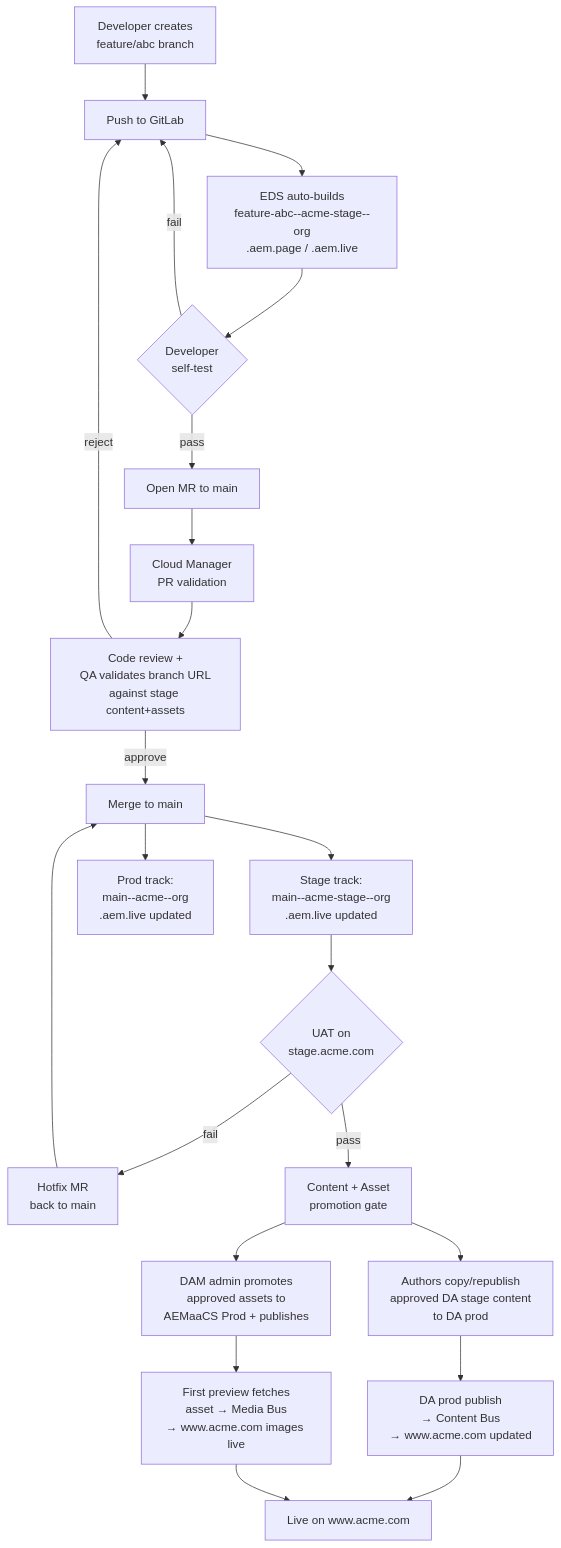
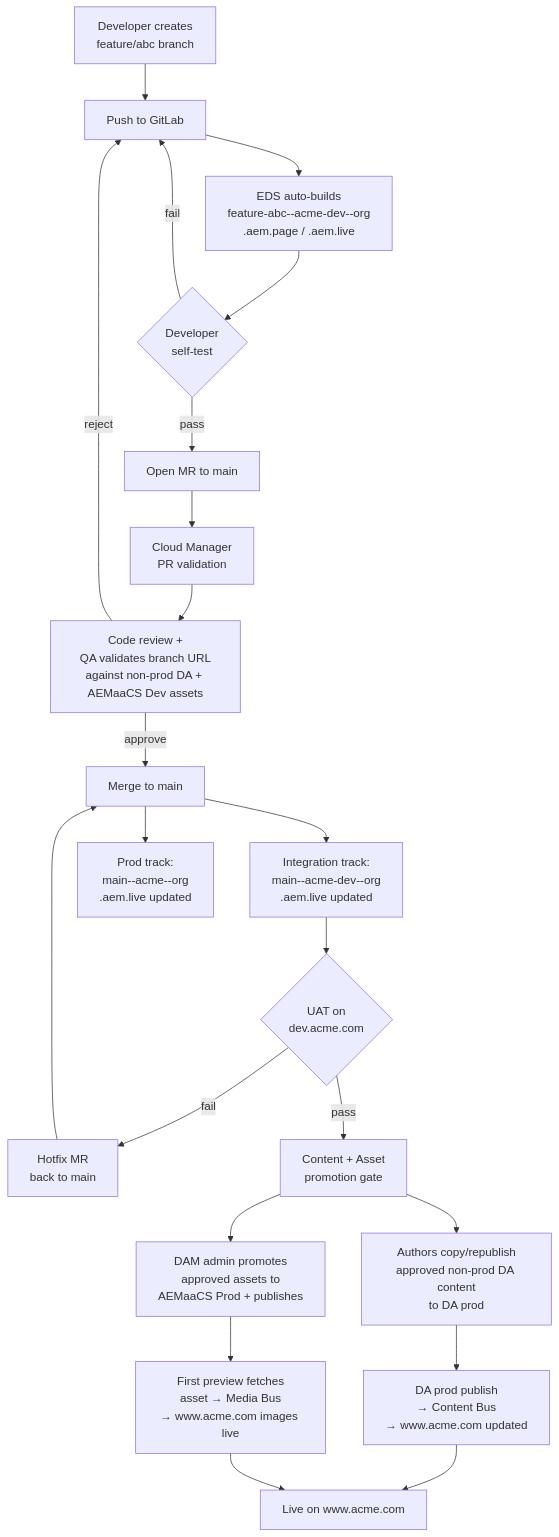
Before and after one commit to ak8458/abc-poc: the fifth of 5 diagrams in docs/eds-multi-environment-architecture.md, drawn with Mermaid. The commit also changed other lines of this file and 1 other file, not shown here.

````diff
--- a/docs/eds-multi-environment-architecture.md
+++ b/docs/eds-multi-environment-architecture.md
@@ -433,30 +433,30 @@
 ```mermaid
 flowchart TD
     A[Developer creates<br/>feature/abc branch] --> B[Push to GitLab]
-    B --> C[EDS auto-builds<br/>feature-abc--acme-stage--org<br/>.aem.page / .aem.live]
+    B --> C[EDS auto-builds<br/>feature-abc--acme-dev--org<br/>.aem.page / .aem.live]
     C --> D{Developer<br/>self-test}
     D -->|fail| B
     D -->|pass| E[Open MR to main]
 
     E --> F[Cloud Manager<br/>PR validation]
-    F --> G[Code review +<br/>QA validates branch URL<br/>against stage content+assets]
+    F --> G[Code review +<br/>QA validates branch URL<br/>against non‑prod DA + AEMaaCS Dev assets]
     G -->|reject| B
     G -->|approve| H[Merge to main]
 
-    H --> I[Stage track:<br/>main--acme-stage--org<br/>.aem.live updated]
+    H --> I[Integration track:<br/>main--acme-dev--org<br/>.aem.live updated]
     H --> J[Prod track:<br/>main--acme--org<br/>.aem.live updated]
 
-    I --> K{UAT on<br/>stage.acme.com}
+    I --> K{UAT on<br/>dev.acme.com}
     K -->|fail| L[Hotfix MR<br/>back to main]
     L --> H
     K -->|pass| M[Content + Asset<br/>promotion gate]
 
-    M --> N[Authors copy/republish<br/>approved DA stage content<br/>to DA prod]
+    M --> N[Authors copy/republish<br/>approved non‑prod DA content<br/>to DA prod]
     M --> O[DAM admin promotes<br/>approved assets to<br/>AEMaaCS Prod + publishes]
 
     N --> P[DA prod publish<br/>→ Content Bus<br/>→ www.acme.com updated]
     O --> Q[First preview fetches<br/>asset → Media Bus<br/>→ www.acme.com images live]
 
     P --> R[Live on www.acme.com]
     Q --> R
 ```
````
